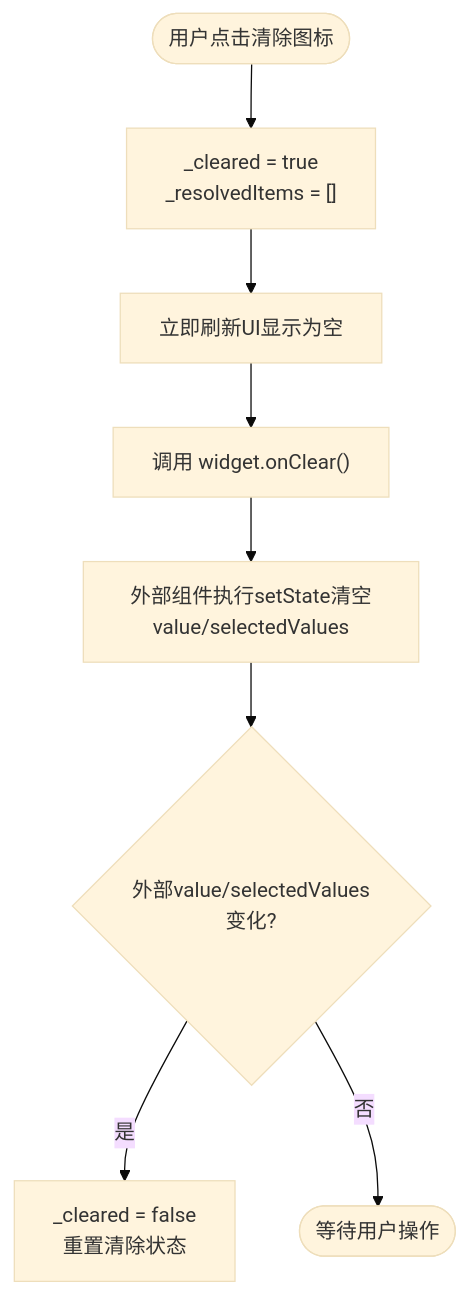
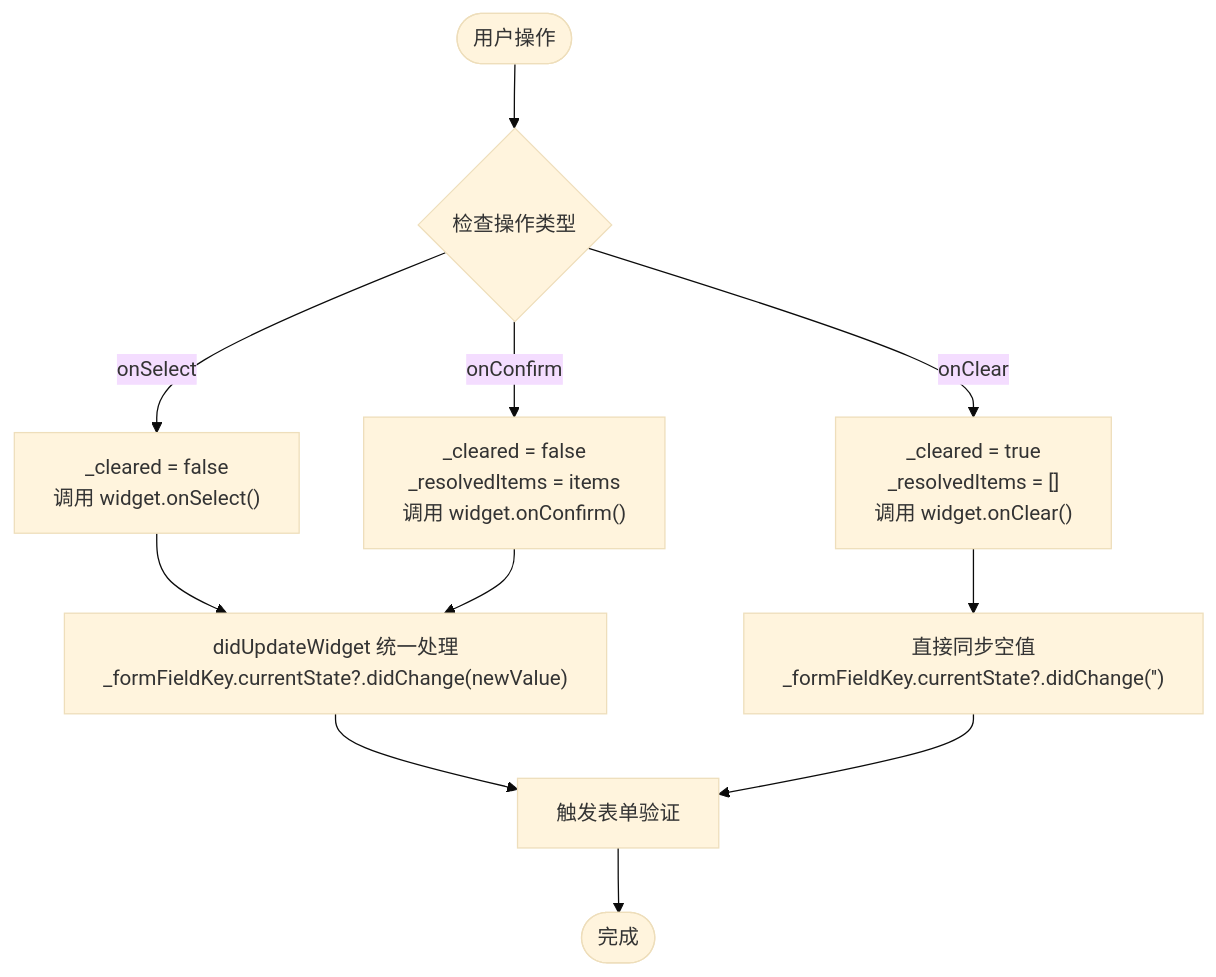
One commit to yuzhido/lite-ui changed the fourth of 11 diagrams in .qoder/repowiki/zh/content/API 参考/高级组件 API/高级组件 API.md. Above: the diagram before and after it, drawn with Mermaid (base theme). The commit also changed other lines of this file and 44 other files, not shown here.

````diff
--- a/.qoder/repowiki/zh/content/API 参考/高级组件 API/高级组件 API.md
+++ b/.qoder/repowiki/zh/content/API 参考/高级组件 API/高级组件 API.md
@@ -234,10 +260,13 @@
 ```mermaid
 flowchart TD
-Start(["用户点击清除图标"]) --> SetCleared["_cleared = true<br/>_resolvedItems = []"]
-SetCleared --> UpdateUI["立即刷新UI显示为空"]
-UpdateUI --> CallOnClear["调用 widget.onClear()"]
-CallOnClear --> ExternalState["外部组件执行setState清空value/selectedValues"]
-ExternalState --> ResetCleared{"外部value/selectedValues变化?"}
-ResetCleared --> |是| ResetState["_cleared = false<br/>重置清除状态"]
-ResetCleared --> |否| End(["等待用户操作"])
+Start(["用户操作"]) --> CheckState{"检查操作类型"}
+CheckState --> |onSelect| UpdateInternal["_cleared = false<br/>调用 widget.onSelect()"]
+CheckState --> |onConfirm| UpdateInternal2["_cleared = false<br>_resolvedItems = items<br/>调用 widget.onConfirm()"]
+CheckState --> |onClear| ClearState["_cleared = true<br>_resolvedItems = []<br/>调用 widget.onClear()"]
+UpdateInternal --> SyncFormField["didUpdateWidget 统一处理<br/>_formFieldKey.currentState?.didChange(newValue)"]
+UpdateInternal2 --> SyncFormField
+ClearState --> DirectSync["直接同步空值<br/>_formFieldKey.currentState?.didChange('')"]
+SyncFormField --> Validate["触发表单验证"]
+DirectSync --> Validate
+Validate --> End(["完成"])
 ```
````
